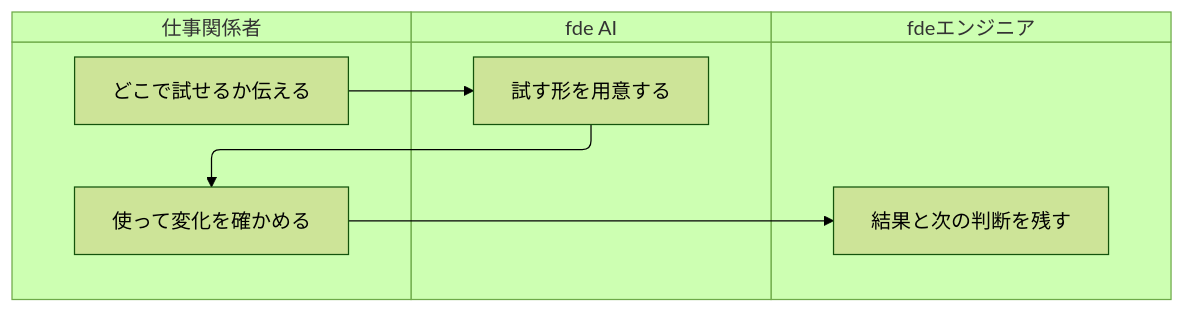
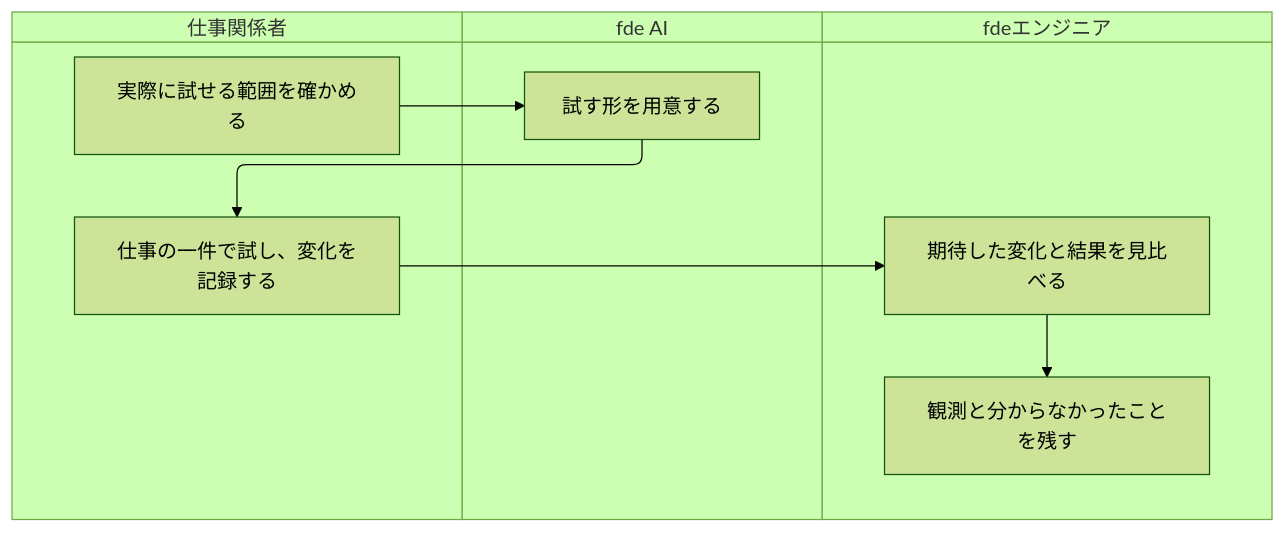
One commit to maakbo/fde changed the second of 2 diagrams in experiments/fde-product-pivot/visualization/work/validate/README.md. Above: the diagram before and after it, drawn with Mermaid (forest theme). The commit also changed other lines of this file and 6 other files, not shown here.

````diff
--- a/experiments/fde-product-pivot/visualization/work/validate/README.md
+++ b/experiments/fde-product-pivot/visualization/work/validate/README.md
@@ -50,15 +58,16 @@
 ```mermaid
 swimlane-beta TB
-  %% 展開対象: b_validate。仕事関係者の確認を飛ばさない。
+  %% 手順は上から下。誰が判断し、どこで情報を受け渡すかを示す。
   subgraph people [仕事関係者]
-    ask["どこで試せるか伝える"]
-    check["使って変化を確かめる"]
+    agree["実際に試せる範囲を確かめる"]
+    run["仕事の一件で試し、変化を記録する"]
   end
-  subgraph assistant_role [fde AI]
-    prepare["試す形を用意する"]
+  subgraph ai [fde AI]
+    prototype["試す形を用意する"]
   end
   subgraph engineer [fdeエンジニア]
-    record["結果と次の判断を残す"]
+    compare["期待した変化と結果を見比べる"]
+    save["観測と分からなかったことを残す"]
   end
-  ask --> prepare --> check --> record
+  agree --> prototype --> run --> compare --> save
 ```
````
